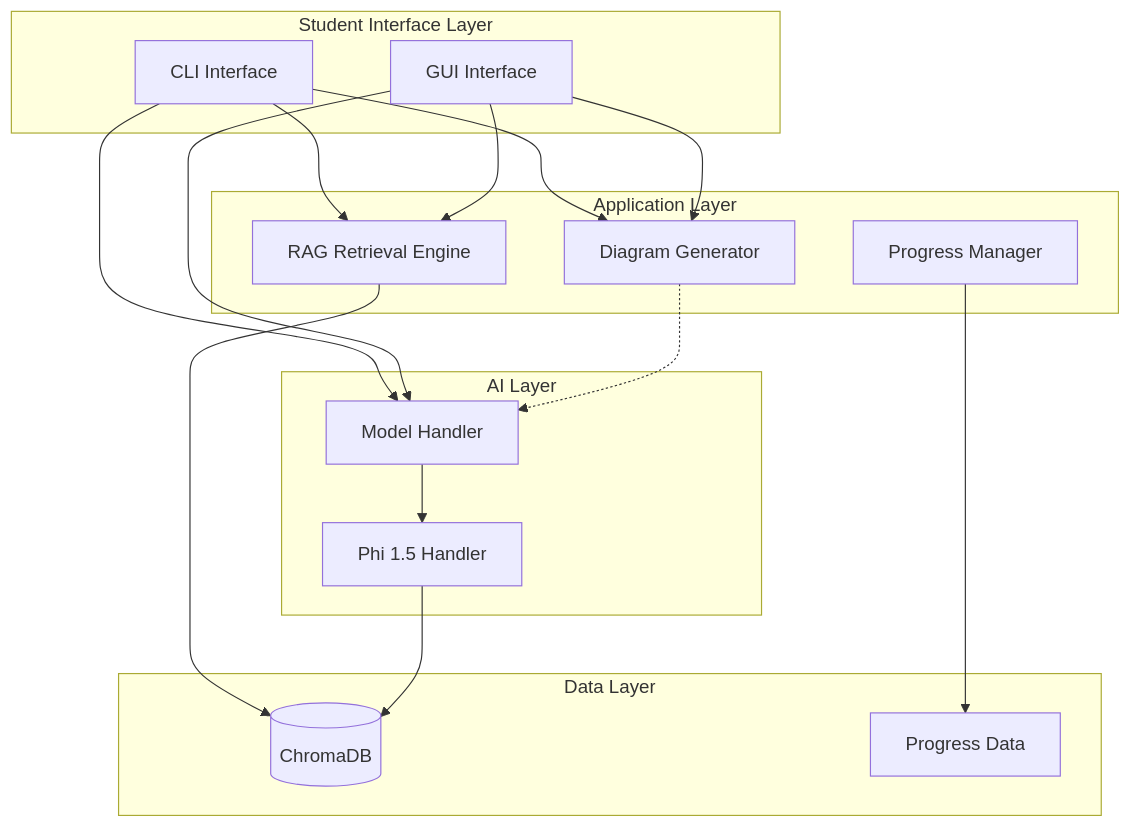
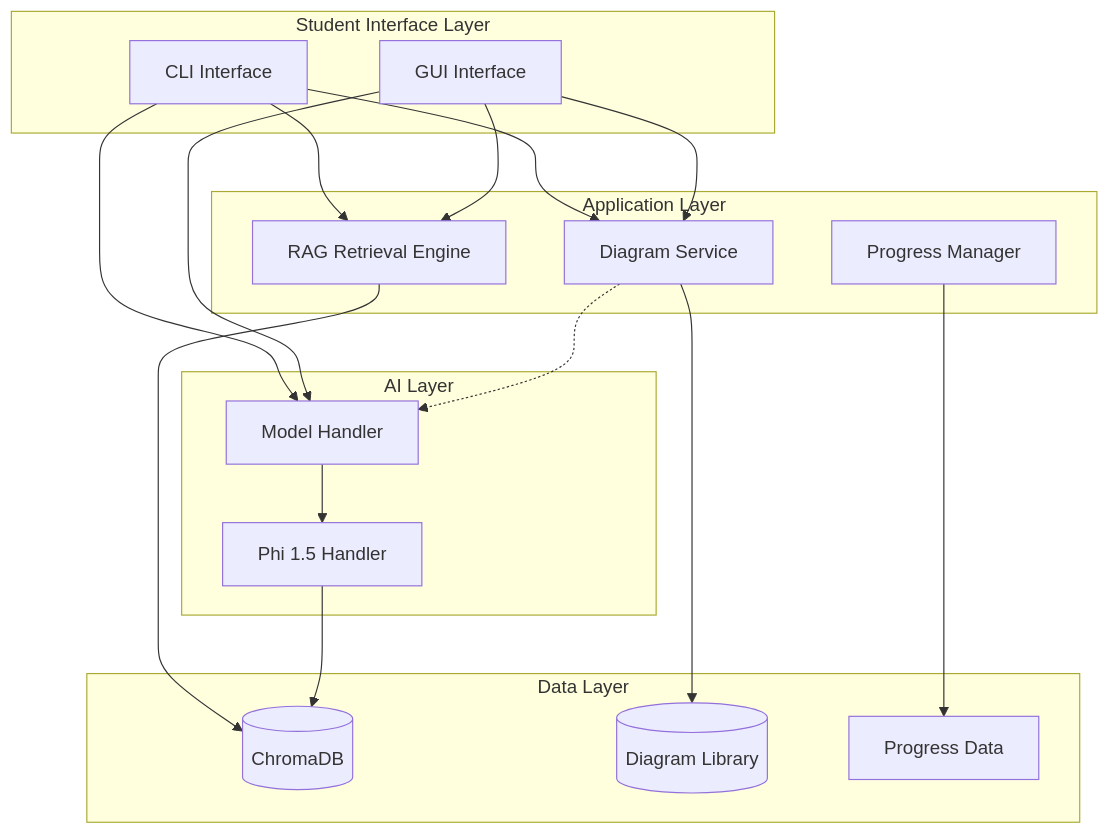
One commit to aa-sikkkk/satya changed the diagram in readme.md. Above: the diagram before and after it, drawn with Mermaid. The commit also changed other lines of this file and 41 other files, not shown here.

First line of the commit message:
Refactor diagram system and unify CLI/GUI grading logic

````diff
--- a/readme.md
+++ b/readme.md
@@ -193,36 +195,38 @@
 ```mermaid
 graph TB
     subgraph "Student Interface Layer"
         CLI[CLI Interface]
         GUI[GUI Interface]
     end
     
     subgraph "Application Layer"
         RAG[RAG Retrieval Engine]
-        DG[Diagram Generator]
+        DS[Diagram Service]
         PM[Progress Manager]
     end
     
     subgraph "AI Layer"
         MH[Model Handler]
         PH[Phi 1.5 Handler]
     end
     
     subgraph "Data Layer"
         CDB[(ChromaDB)]
+        DL[(Diagram Library)]
         PROG[Progress Data]
     end
     
     CLI --> RAG
     CLI --> MH
-    CLI --> DG
+    CLI --> DS
     GUI --> RAG
     GUI --> MH
-    GUI --> DG
+    GUI --> DS
     
     PM --> PROG
     RAG --> CDB
     MH --> PH
     PH --> CDB
-    DG -.-> MH
+    DS --> DL
+    DS -.-> MH
 ```
````
